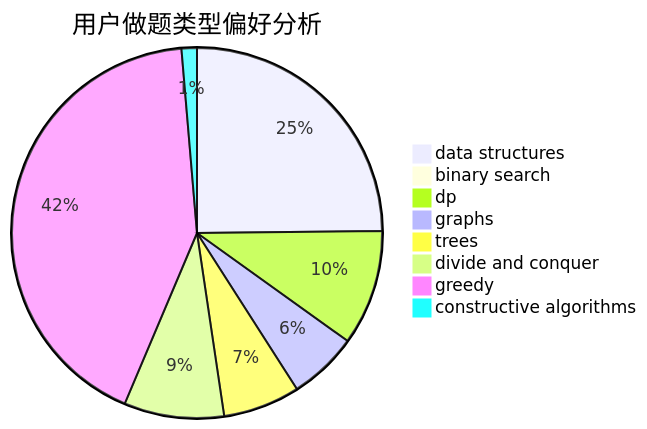
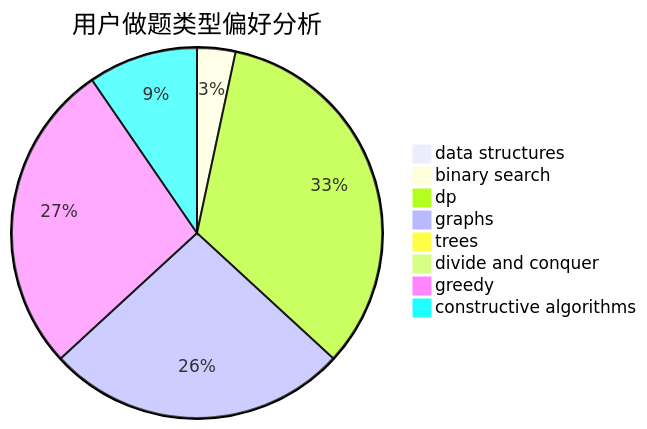
One commit to sherpahu/cfrs.github.io changed the second of 3 diagrams in docs/user/u1569.md. Above: the diagram before and after it, drawn with Mermaid. The commit also changed other lines of this file and 2770 other files, not shown here.

````diff
--- a/docs/user/u1569.md
+++ b/docs/user/u1569.md
@@ -23,11 +23,11 @@
 ```mermaid
 pie title 用户做题类型偏好分析
-    "data structures" :  37
-    "binary search" :  0
-    "dp" :  15
-    "graphs" :  9
-    "trees" :  10
-    "divide and conquer" :  13
-    "greedy" :  63
-    "constructive algorithms" :  2
+    "data structures" :  2
+    "binary search" :  14
+    "dp" :  140
+    "graphs" :  110
+    "trees" :  4
+    "divide and conquer" :  0
+    "greedy" :  114
+    "constructive algorithms" :  40
 ```
````
